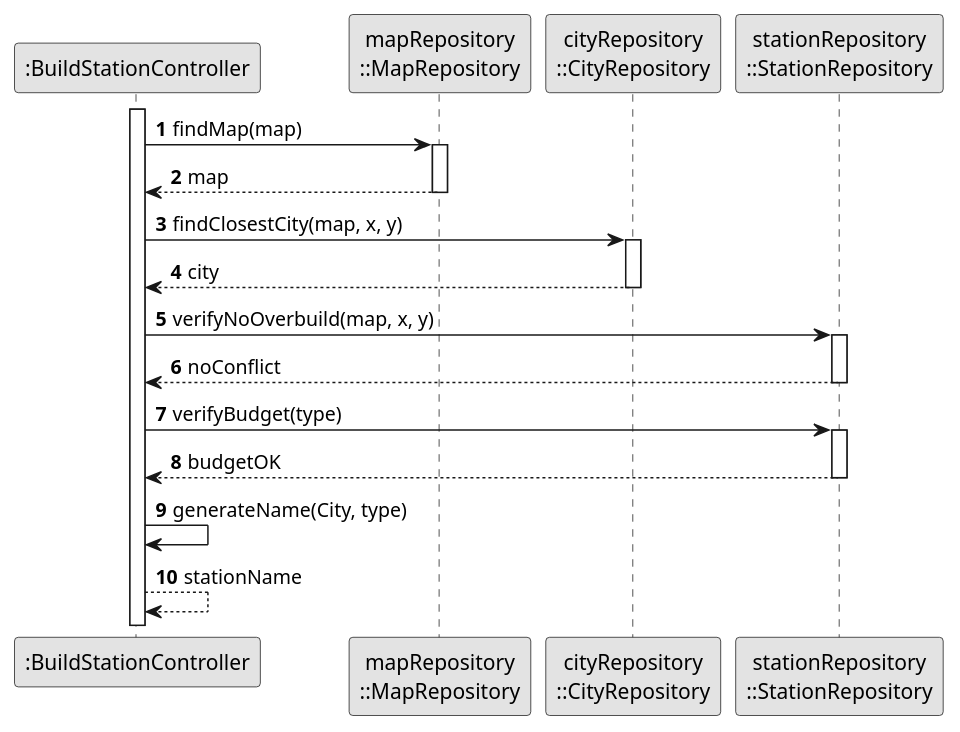
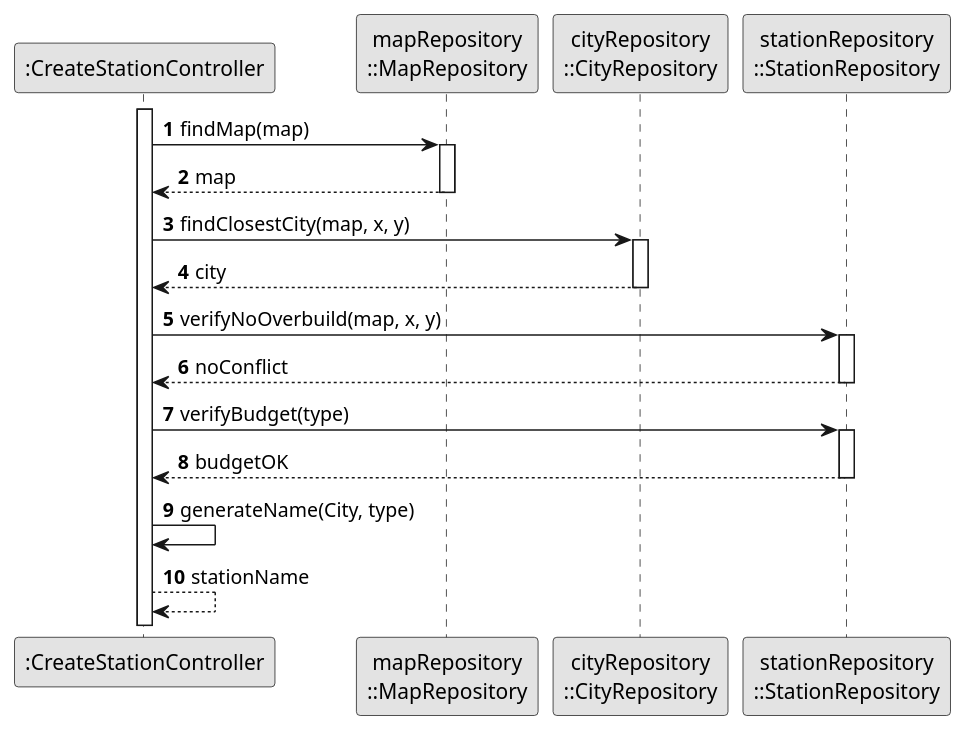
One commit to goncalolopesp/sem2-pi-24.25-g093-repo changed the diagram in docs/system-documentation/US005/03.design/puml/US005-SD-validateAndName.puml. Above: the diagram before and after it, drawn with PlantUML. The commit also changed 10 other files, not shown here.

```diff
--- a/docs/system-documentation/US005/03.design/puml/US005-SD-validateAndName.puml
+++ b/docs/system-documentation/US005/03.design/puml/US005-SD-validateAndName.puml
@@ -1,37 +1,37 @@
 @startuml US005-SD-validateAndName
 skinparam monochrome true
 skinparam packageStyle rectangle
 skinparam shadowing false
 
 autonumber
-participant ":BuildStationController" as BuildController
+participant ":CreateStationController" as BuildController
 participant "mapRepository\n::MapRepository" as MapRepo
 participant "cityRepository\n::CityRepository" as CityRepo
 participant "stationRepository\n::StationRepository" as StationRepo
 
 activate BuildController
 
 BuildController -> MapRepo : findMap(map)
 activate MapRepo
 MapRepo --> BuildController : map
 deactivate MapRepo
 
 BuildController -> CityRepo : findClosestCity(map, x, y)
 activate CityRepo
 CityRepo --> BuildController : city
 deactivate CityRepo
 
 BuildController -> StationRepo : verifyNoOverbuild(map, x, y)
 activate StationRepo
 StationRepo --> BuildController : noConflict
 deactivate StationRepo
 
 BuildController -> StationRepo : verifyBudget(type)
 activate StationRepo
 StationRepo --> BuildController : budgetOK
 deactivate StationRepo
 
 BuildController -> BuildController : generateName(City, type)
 BuildController --> BuildController : stationName
 
 @enduml
```
